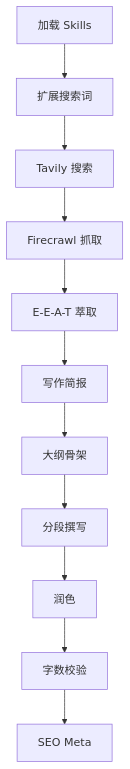
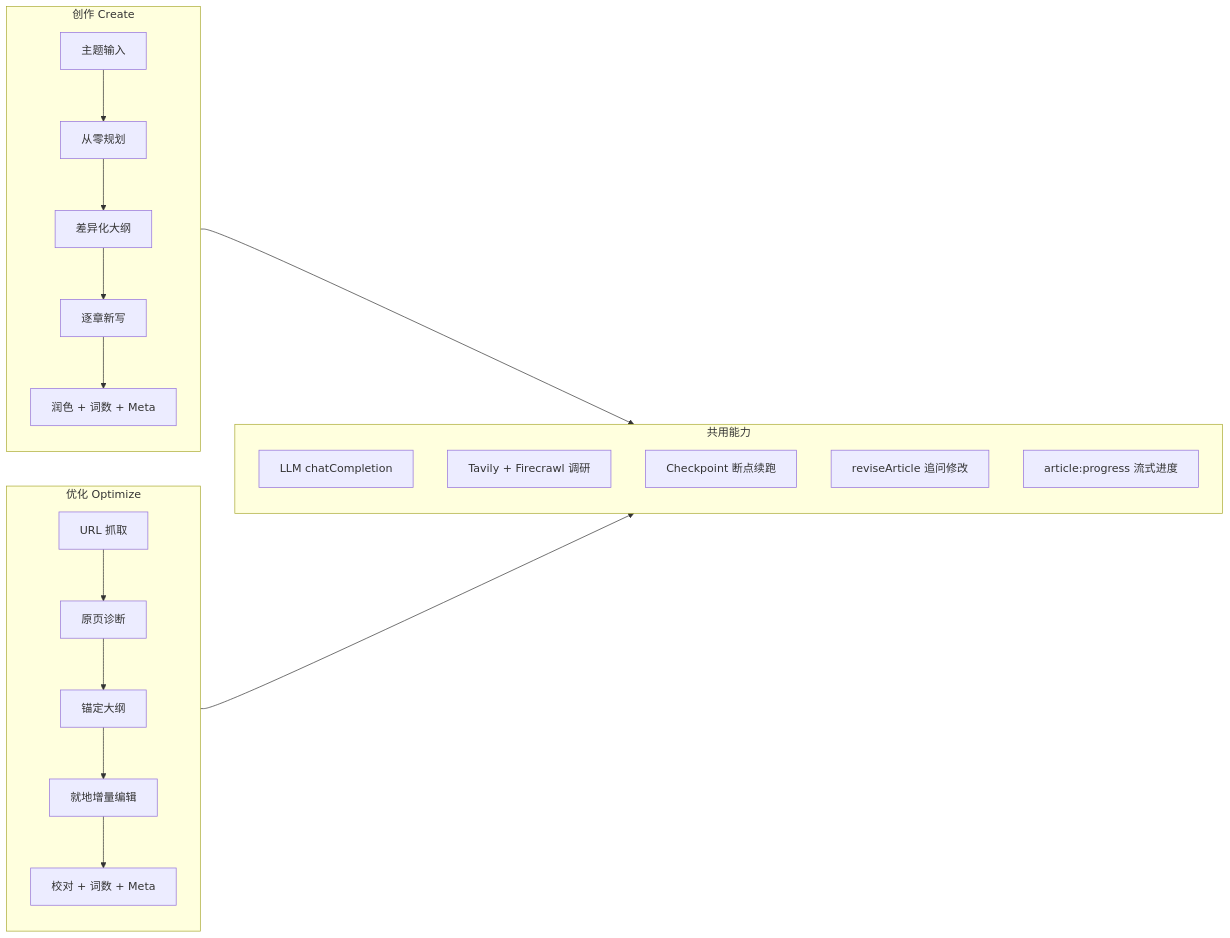
Before and after one commit to YieCham/seo-article-generate: the fourth of 6 diagrams in README.md, drawn with Mermaid. The commit also changed other lines of this file, not shown here.

Commit message:
docs: add detailed workflow diagrams to README

````diff
--- a/README.md
+++ b/README.md
@@ -49,13 +194,30 @@
 ```mermaid
-flowchart TD
-  A[加载 Skills] --> B[扩展搜索词]
-  B --> C[Tavily 搜索]
-  C --> D[Firecrawl 抓取]
-  D --> E[E-E-A-T 萃取]
-  E --> F[写作简报]
-  F --> G[大纲骨架]
-  G --> H[分段撰写]
-  H --> I[润色]
-  I --> J[字数校验]
-  J --> K[SEO Meta]
+flowchart LR
+  subgraph Create["创作 Create"]
+    direction TB
+    C1[主题输入] --> C2[从零规划]
+    C2 --> C3[差异化大纲]
+    C3 --> C4[逐章新写]
+    C4 --> C5[润色 + 词数 + Meta]
+  end
+
+  subgraph Optimize["优化 Optimize"]
+    direction TB
+    O1[URL 抓取] --> O2[原页诊断]
+    O2 --> O3[锚定大纲]
+    O3 --> O4[就地增量编辑]
+    O4 --> O5[校对 + 词数 + Meta]
+  end
+
+  subgraph Shared["共用能力"]
+    direction TB
+    S1[LLM chatCompletion]
+    S2[Tavily + Firecrawl 调研]
+    S3[Checkpoint 断点续跑]
+    S4[reviseArticle 追问修改]
+    S5[article:progress 流式进度]
+  end
+
+  Create --> Shared
+  Optimize --> Shared
 ```
````
